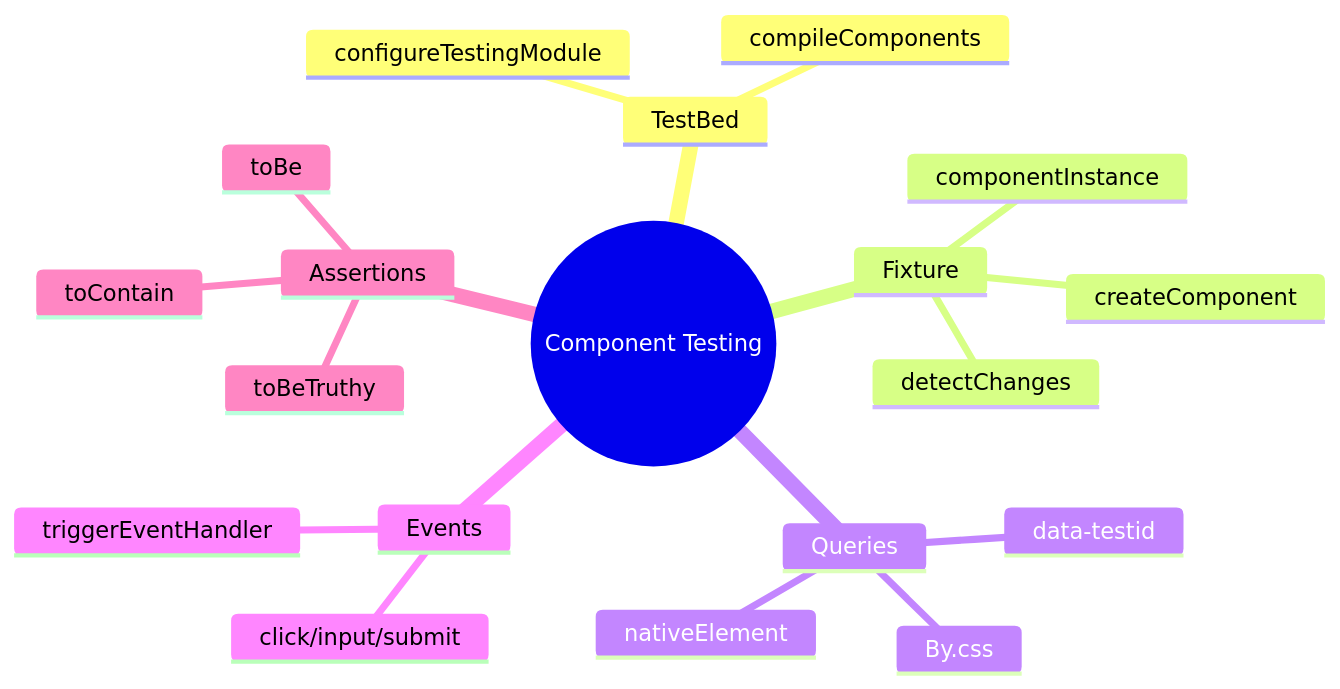
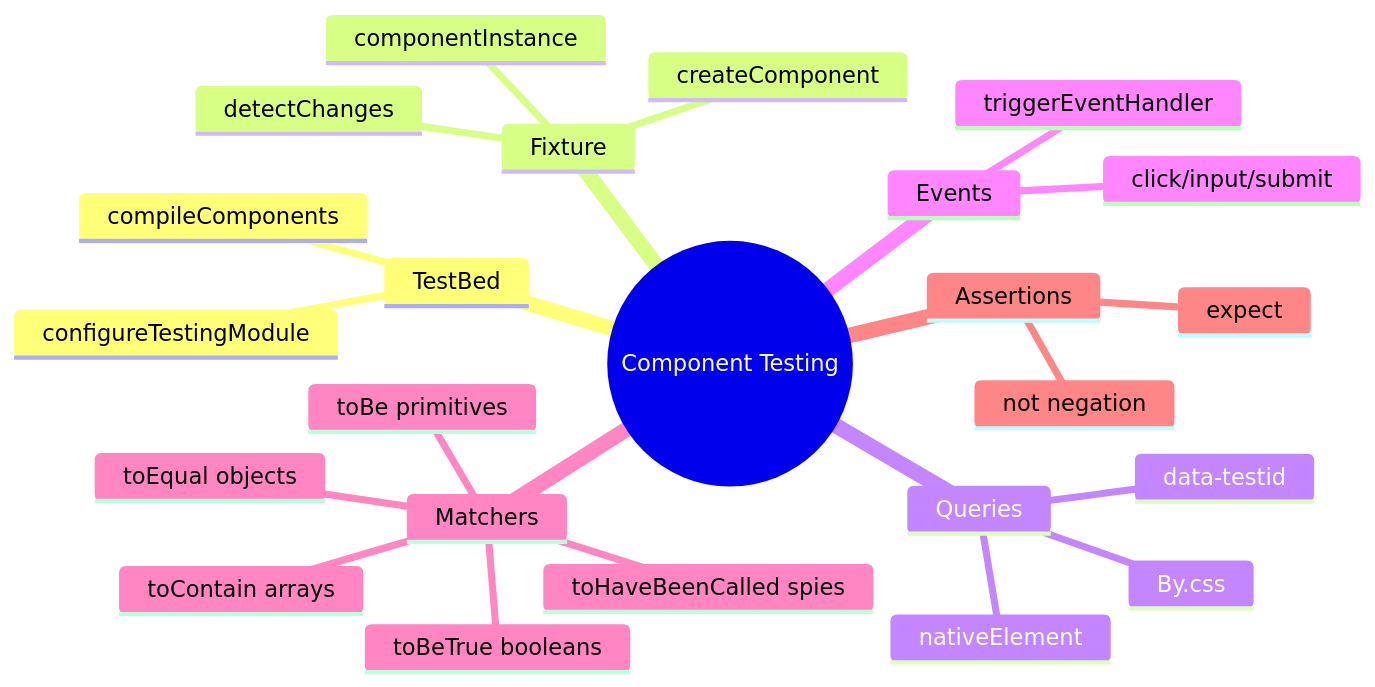
Before and after one commit to Vijay-Barapatre/Angular-feature: the second of 2 diagrams in src/app/features/testing/components/use-case-1/guide.md, drawn with Mermaid. The commit also changed other lines of this file and 3 other files, not shown here.

````diff
--- a/src/app/features/testing/components/use-case-1/guide.md
+++ b/src/app/features/testing/components/use-case-1/guide.md
@@ -350,22 +621,27 @@
 ```mermaid
 mindmap
   root((Component Testing))
     TestBed
       configureTestingModule
       compileComponents
     Fixture
       createComponent
       detectChanges
       componentInstance
     Queries
       By.css
       data-testid
       nativeElement
     Events
       triggerEventHandler
       click/input/submit
+    Matchers
+      toBe primitives
+      toEqual objects
+      toBeTrue booleans
+      toContain arrays
+      toHaveBeenCalled spies
     Assertions
-      toBe
-      toContain
-      toBeTruthy
+      expect
+      not negation
 ```
````
